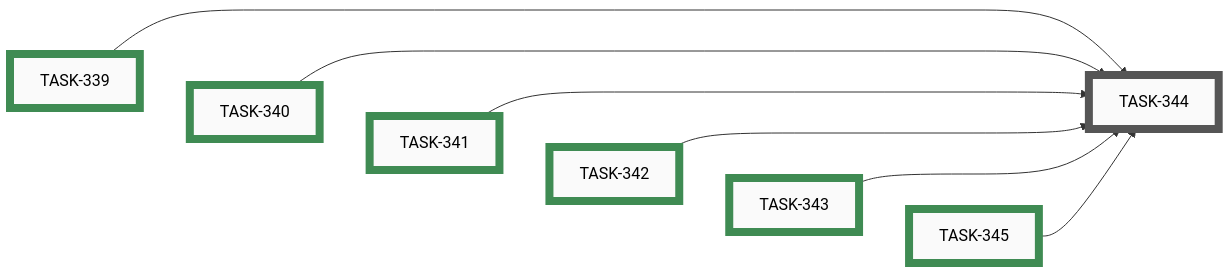
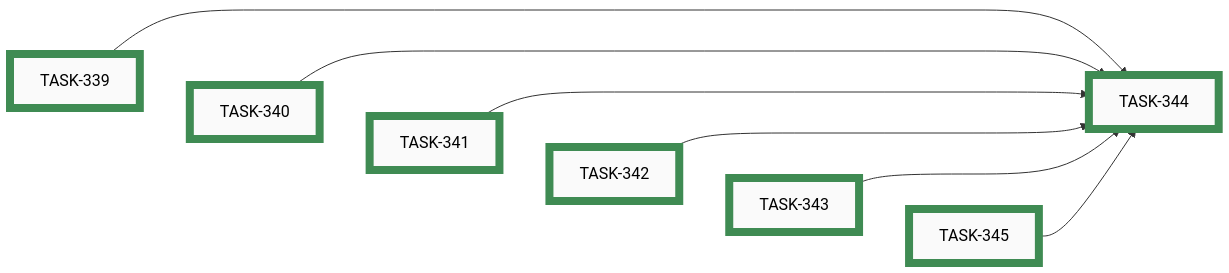
The ninth of 11 diagrams in docs/developers/tasks/EPICS.md (tgd1975/AwesomeStudioPedal), drawn with Mermaid before and after one commit. The commit also changed other lines of this file and 4 other files, not shown here.

````diff
--- a/docs/developers/tasks/EPICS.md
+++ b/docs/developers/tasks/EPICS.md
@@ -370,32 +370,32 @@
 ```mermaid
 graph LR
-    TASK_344["TASK-344"]:::open
     TASK_339["TASK-339"]:::closed
     TASK_340["TASK-340"]:::closed
     TASK_341["TASK-341"]:::closed
     TASK_342["TASK-342"]:::closed
     TASK_343["TASK-343"]:::closed
+    TASK_344["TASK-344"]:::closed
     TASK_345["TASK-345"]:::closed
     TASK_339 --> TASK_344
     TASK_340 --> TASK_344
     TASK_341 --> TASK_344
     TASK_342 --> TASK_344
     TASK_343 --> TASK_344
     TASK_345 --> TASK_344
     TASK_339 ~~~ TASK_340 ~~~ TASK_341 ~~~ TASK_342 ~~~ TASK_343 ~~~ TASK_345
-    click TASK_344 "open/task-344-archive-idea-049-after-logo-tasks-shipped.md"
     click TASK_339 "closed/task-339-add-asp-logo-to-web-simulator-header.md"
     click TASK_340 "closed/task-340-add-asp-logo-to-profile-builder-header.md"
     click TASK_341 "closed/task-341-add-asp-logo-to-configuration-builder-header.md"
     click TASK_342 "closed/task-342-add-asp-logo-to-mobile-app-appbar.md"
     click TASK_343 "closed/task-343-add-github-social-preview-image.md"
+    click TASK_344 "closed/task-344-archive-idea-049-after-logo-tasks-shipped.md"
     click TASK_345 "closed/task-345-swap-android-launcher-icon-to-asp-mark.md"
     classDef open    fill:#FAFAFA,stroke:#555,stroke-width:8px,color:#000
     classDef active  fill:#FAFAFA,stroke:#1A6FA8,stroke-width:8px,color:#000
     classDef closed  fill:#FAFAFA,stroke:#3F8B53,stroke-width:8px,color:#000
     classDef paused  fill:#FAFAFA,stroke:#B07810,stroke-width:8px,color:#000
     classDef openExt    fill:#000,stroke:#888,stroke-width:8px,color:#FFF
     classDef activeExt  fill:#000,stroke:#3FA9F5,stroke-width:8px,color:#FFF
     classDef closedExt  fill:#000,stroke:#7CC68A,stroke-width:8px,color:#FFF
     classDef pausedExt  fill:#000,stroke:#F0B030,stroke-width:8px,color:#FFF
 ```
````
